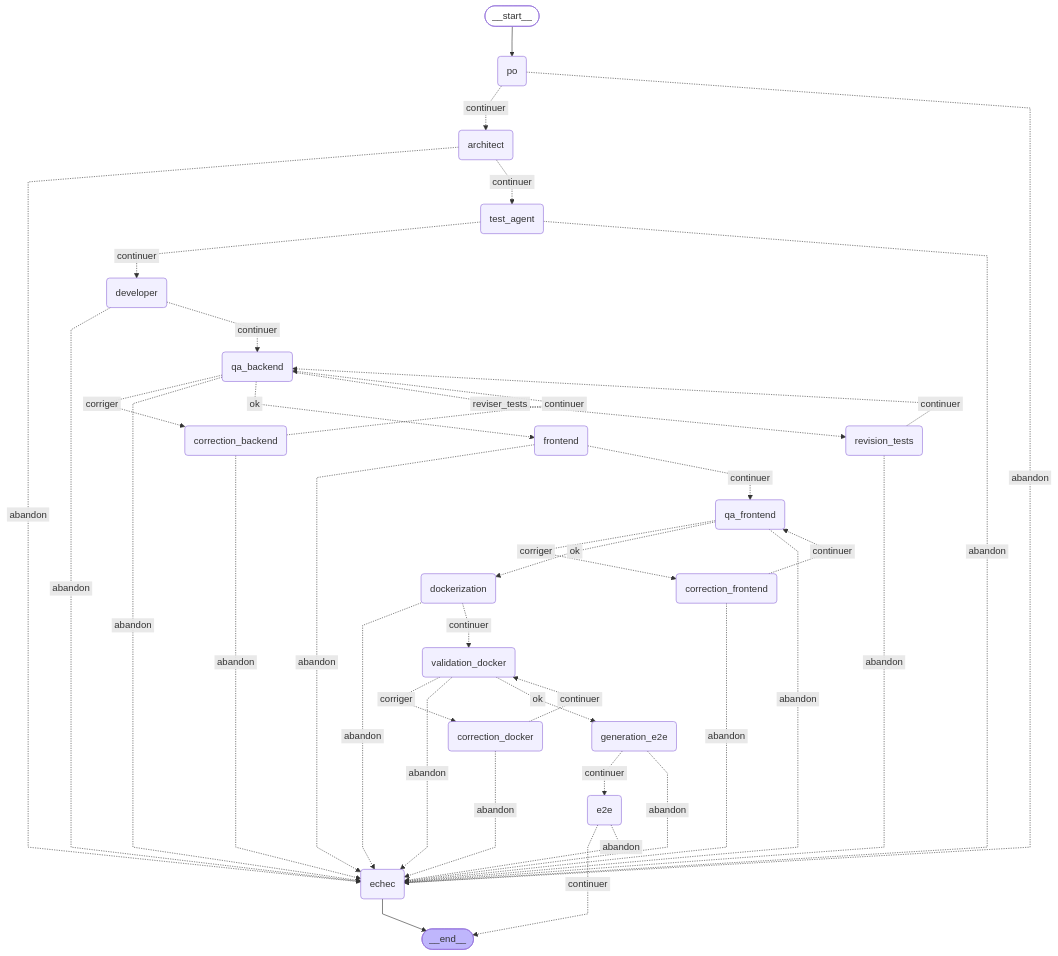
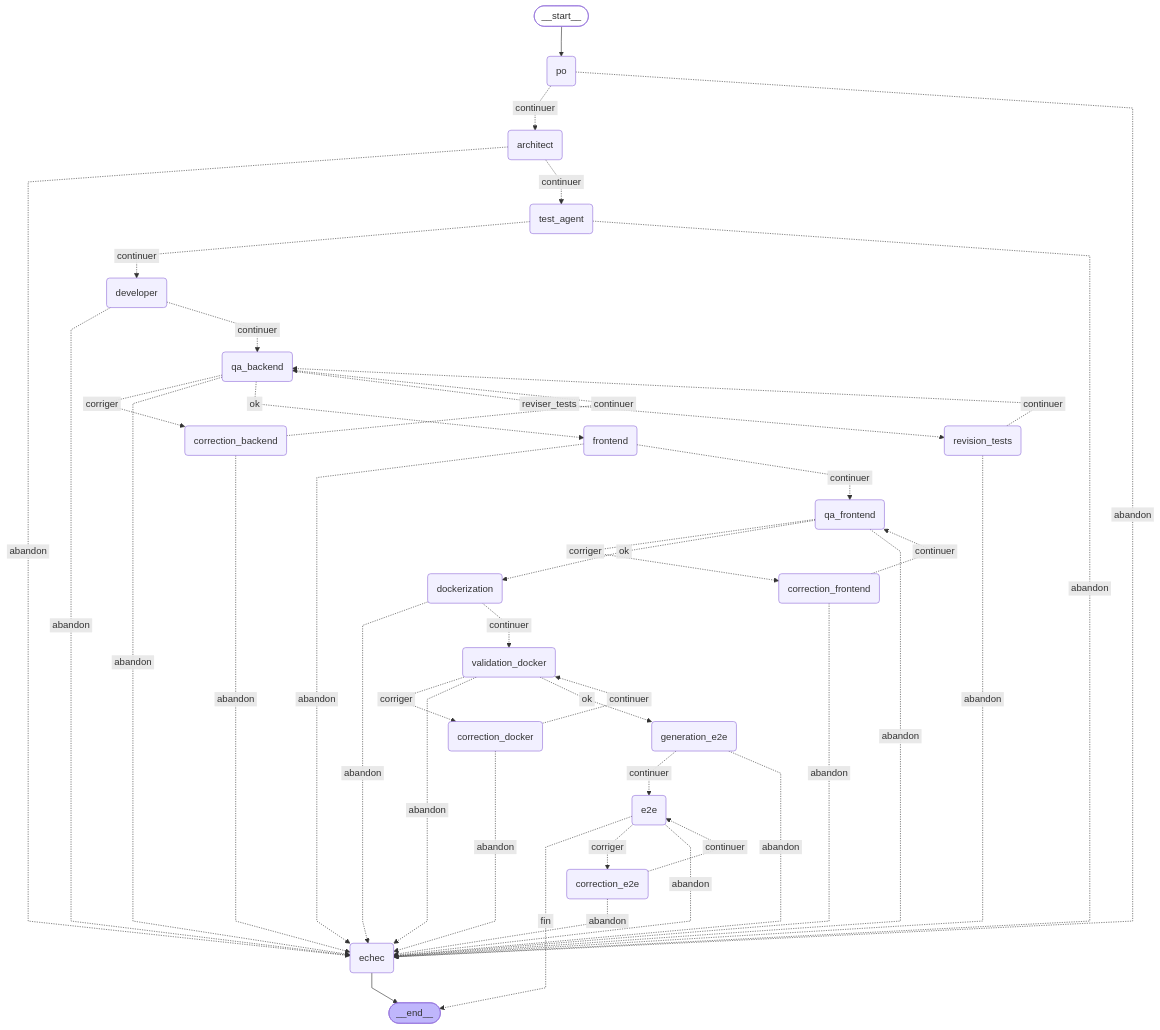
Before and after one commit to gnichimariem1-cell/AutoDev: the diagram in docs/pipeline.md, drawn with Mermaid. The commit also changed 18 other files, not shown here.

````diff
--- a/docs/pipeline.md
+++ b/docs/pipeline.md
@@ -9,65 +9,69 @@
 ```mermaid
 ---
 config:
   flowchart:
     curve: linear
 ---
 graph TD;
 	__start__([<p>__start__</p>]):::first
 	po(po)
 	architect(architect)
 	test_agent(test_agent)
 	developer(developer)
 	qa_backend(qa_backend)
 	correction_backend(correction_backend)
 	revision_tests(revision_tests)
 	frontend(frontend)
 	qa_frontend(qa_frontend)
 	correction_frontend(correction_frontend)
 	dockerization(dockerization)
 	validation_docker(validation_docker)
 	correction_docker(correction_docker)
 	generation_e2e(generation_e2e)
 	e2e(e2e)
+	correction_e2e(correction_e2e)
 	echec(echec)
 	__end__([<p>__end__</p>]):::last
 	__start__ --> po;
 	architect -. &nbsp;abandon&nbsp; .-> echec;
 	architect -. &nbsp;continuer&nbsp; .-> test_agent;
 	correction_backend -. &nbsp;abandon&nbsp; .-> echec;
 	correction_backend -. &nbsp;continuer&nbsp; .-> qa_backend;
 	correction_docker -. &nbsp;abandon&nbsp; .-> echec;
 	correction_docker -. &nbsp;continuer&nbsp; .-> validation_docker;
+	correction_e2e -. &nbsp;continuer&nbsp; .-> e2e;
+	correction_e2e -. &nbsp;abandon&nbsp; .-> echec;
 	correction_frontend -. &nbsp;abandon&nbsp; .-> echec;
 	correction_frontend -. &nbsp;continuer&nbsp; .-> qa_frontend;
 	developer -. &nbsp;abandon&nbsp; .-> echec;
 	developer -. &nbsp;continuer&nbsp; .-> qa_backend;
 	dockerization -. &nbsp;abandon&nbsp; .-> echec;
 	dockerization -. &nbsp;continuer&nbsp; .-> validation_docker;
-	e2e -. &nbsp;continuer&nbsp; .-> __end__;
+	e2e -. &nbsp;fin&nbsp; .-> __end__;
+	e2e -. &nbsp;corriger&nbsp; .-> correction_e2e;
 	e2e -. &nbsp;abandon&nbsp; .-> echec;
 	frontend -. &nbsp;abandon&nbsp; .-> echec;
 	frontend -. &nbsp;continuer&nbsp; .-> qa_frontend;
 	generation_e2e -. &nbsp;continuer&nbsp; .-> e2e;
 	generation_e2e -. &nbsp;abandon&nbsp; .-> echec;
 	po -. &nbsp;continuer&nbsp; .-> architect;
 	po -. &nbsp;abandon&nbsp; .-> echec;
 	qa_backend -. &nbsp;corriger&nbsp; .-> correction_backend;
 	qa_backend -. &nbsp;abandon&nbsp; .-> echec;
 	qa_backend -. &nbsp;ok&nbsp; .-> frontend;
 	qa_backend -. &nbsp;reviser_tests&nbsp; .-> revision_tests;
 	qa_frontend -. &nbsp;corriger&nbsp; .-> correction_frontend;
 	qa_frontend -. &nbsp;ok&nbsp; .-> dockerization;
 	qa_frontend -. &nbsp;abandon&nbsp; .-> echec;
 	revision_tests -. &nbsp;abandon&nbsp; .-> echec;
 	revision_tests -. &nbsp;continuer&nbsp; .-> qa_backend;
 	test_agent -. &nbsp;continuer&nbsp; .-> developer;
 	test_agent -. &nbsp;abandon&nbsp; .-> echec;
 	validation_docker -. &nbsp;corriger&nbsp; .-> correction_docker;
 	validation_docker -. &nbsp;abandon&nbsp; .-> echec;
 	validation_docker -. &nbsp;ok&nbsp; .-> generation_e2e;
 	echec --> __end__;
 	classDef default fill:#f2f0ff,line-height:1.2
 	classDef first fill-opacity:0
 	classDef last fill:#bfb6fc
 ```
````
